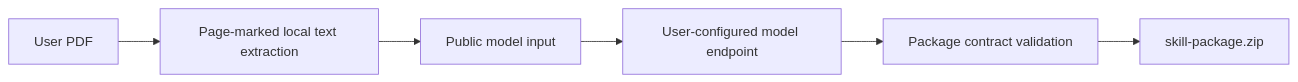
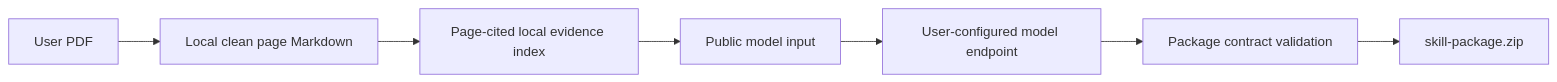
The diagram in docs/superpowers/specs/2026-09-17-public-pdf-skill-package-design.md (RebeccaJ79/robot-research-platform), drawn with Mermaid before and after one commit. The commit also changed other lines of this file and 6 other files, not shown here.

Commit message:
feat: add local PDF evidence workflow

````diff
--- a/docs/superpowers/specs/2026-09-17-public-pdf-skill-package-design.md
+++ b/docs/superpowers/specs/2026-09-17-public-pdf-skill-package-design.md
@@ -69,8 +69,9 @@
 ```mermaid
 flowchart LR
-  PDF[User PDF] --> Parse[Page-marked local text extraction]
-  Parse --> Input[Public model input]
+  PDF[User PDF] --> Parse[Local clean page Markdown]
+  Parse --> Evidence[Page-cited local evidence index]
+  Evidence --> Input[Public model input]
   Input --> Model[User-configured model endpoint]
   Model --> Validate[Package contract validation]
   Validate --> Zip[skill-package.zip]
 ```
````
